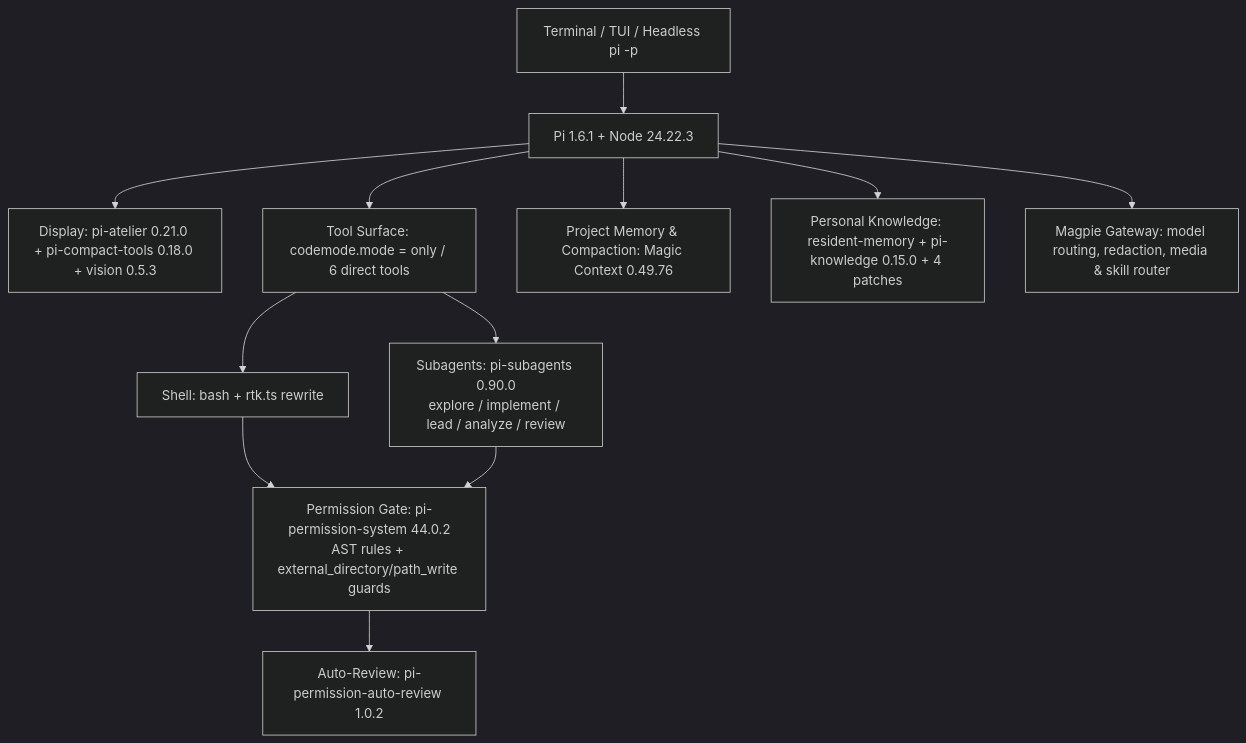
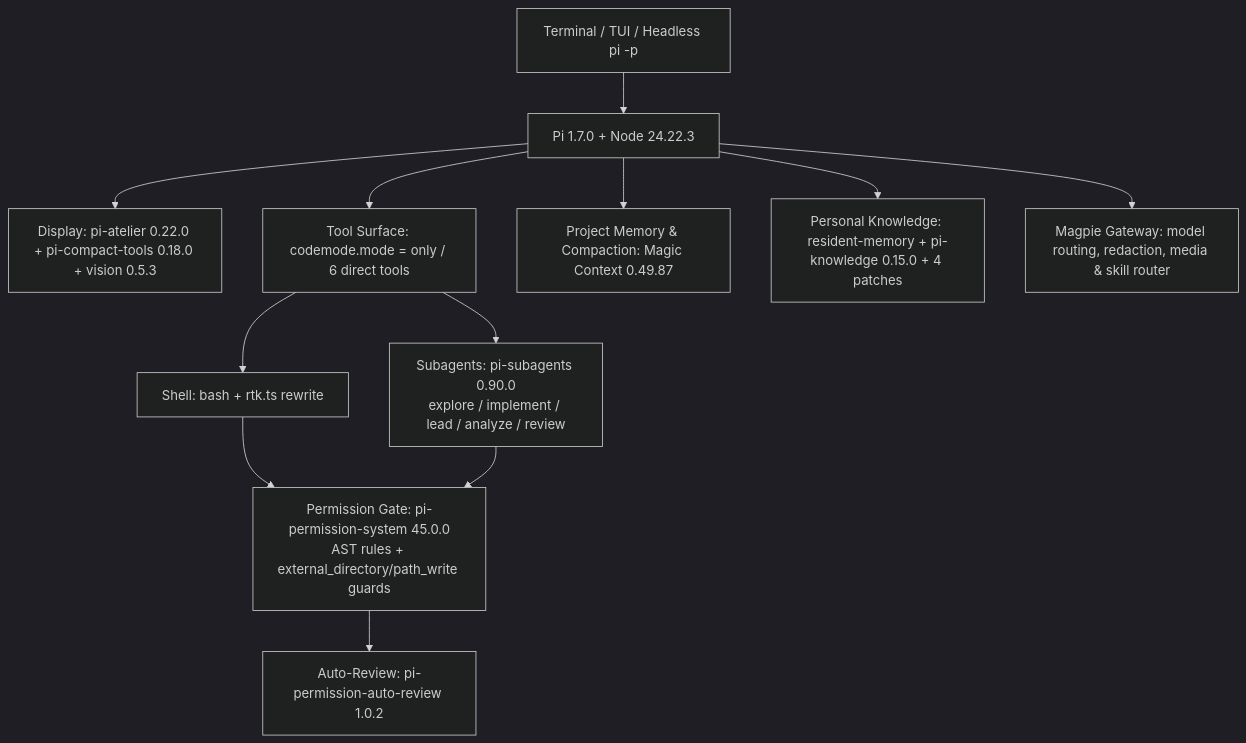
One commit to AkiR1n/akis-pi changed the diagram in README.md. Above: the diagram before and after it, drawn with Mermaid (dark theme). The commit also changed other lines of this file and 10 other files, not shown here.

````diff
--- a/README.md
+++ b/README.md
@@ -17,13 +17,13 @@
 ```mermaid
 flowchart TD
-    U[Terminal / TUI / Headless pi -p] --> PI[Pi 1.6.1 + Node 24.22.3]
-    PI --> UI[Display: pi-atelier 0.21.0 + pi-compact-tools 0.18.0 + vision 0.5.3]
+    U[Terminal / TUI / Headless pi -p] --> PI[Pi 1.7.0 + Node 24.22.3]
+    PI --> UI[Display: pi-atelier 0.22.0 + pi-compact-tools 0.18.0 + vision 0.5.3]
     PI --> CM[Tool Surface: codemode.mode = only / 6 direct tools]
     CM --> SUB[Subagents: pi-subagents 0.90.0<br/>explore / implement / lead / analyze / review]
     CM --> SHELL[Shell: bash + rtk.ts rewrite]
-    SHELL & SUB --> PERM[Permission Gate: pi-permission-system 44.0.2<br/>AST rules + external_directory/path_write guards]
+    SHELL & SUB --> PERM[Permission Gate: pi-permission-system 45.0.0<br/>AST rules + external_directory/path_write guards]
     PERM --> REV[Auto-Review: pi-permission-auto-review 1.0.2]
-    PI --> MEM1[Project Memory & Compaction: Magic Context 0.49.76]
+    PI --> MEM1[Project Memory & Compaction: Magic Context 0.49.87]
     PI --> MEM2[Personal Knowledge: resident-memory + pi-knowledge 0.15.0 + 4 patches]
     PI --> MG[Magpie Gateway: model routing, redaction, media & skill router]
 ```
````
